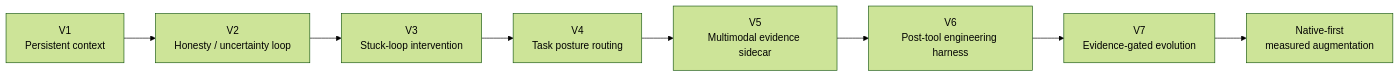
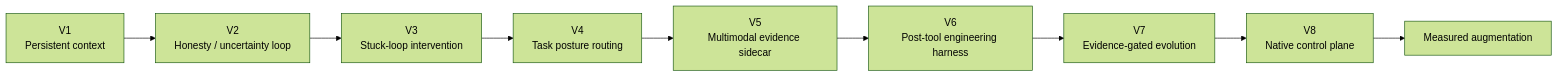
One commit to liuanye9-lab/codex-os-brain changed the first of 4 diagrams in README.md. Above: the diagram before and after it, drawn with Mermaid (forest theme). The commit also changed other lines of this file and 26 other files, not shown here.

Commit message:
feat: publish V8 native harness control plane

````diff
--- a/README.md
+++ b/README.md
@@ -13,10 +13,11 @@
 ```mermaid
 flowchart LR
   V1["V1<br/>Persistent context"] --> V2["V2<br/>Honesty / uncertainty loop"]
   V2 --> V3["V3<br/>Stuck-loop intervention"]
   V3 --> V4["V4<br/>Task posture routing"]
   V4 --> V5["V5<br/>Multimodal evidence sidecar"]
   V5 --> V6["V6<br/>Post-tool engineering harness"]
   V6 --> V7["V7<br/>Evidence-gated evolution"]
-  V7 --> Now["Native-first<br/>measured augmentation"]
+  V7 --> V8["V8<br/>Native control plane"]
+  V8 --> Now["Measured augmentation"]
 ```
````
